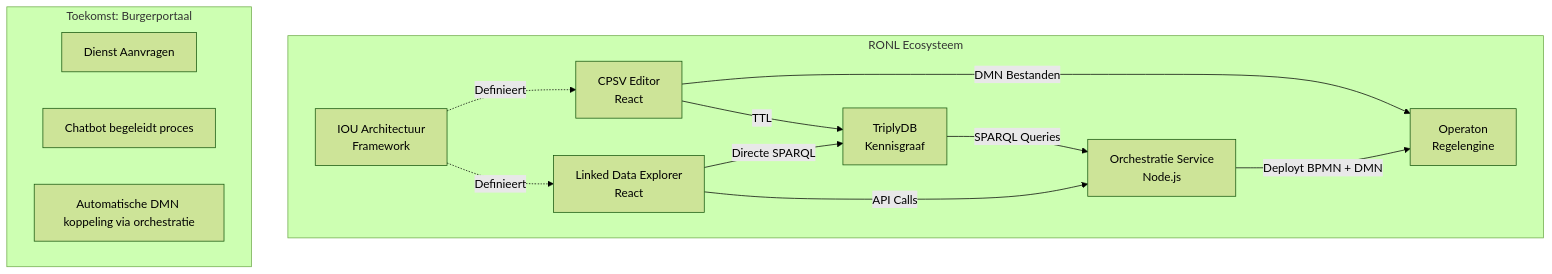
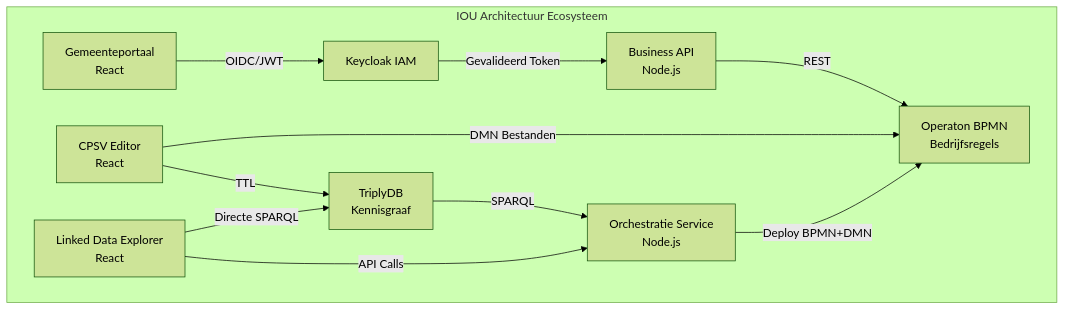
The diagram in docs/nl/index.md (sgort/iou-architectuur), drawn with Mermaid (forest theme) before and after one commit. The commit also changed other lines of this file and 57 other files, not shown here.

Commit message:
feat: add RONL Business API documentation with placeholders

````diff
--- a/docs/nl/index.md
+++ b/docs/nl/index.md
@@ -33,22 +43,17 @@
 ```mermaid
 graph TB
-    subgraph "RONL Ecosysteem"
-        A[CPSV Editor<br/>React] -->|TTL| B[TriplyDB<br/>Kennisgraaf]
-        A -->|DMN Bestanden| F[Operaton<br/>Regelengine]
+    subgraph "IOU Architectuur Ecosysteem"
+        A[Gemeenteportaal<br/>React] -->|OIDC/JWT| B[Keycloak IAM]
+        B -->|Gevalideerd Token| C[Business API<br/>Node.js]
+        C -->|REST| D[Operaton BPMN<br/>Bedrijfsregels]
         
-        B -->|SPARQL Queries| C[Orchestratie Service<br/>Node.js]
-        C -->|Deployt BPMN + DMN| F
+        E[CPSV Editor<br/>React] -->|TTL| F[TriplyDB<br/>Kennisgraaf]
+        E -->|DMN Bestanden| D
         
-        D[Linked Data Explorer<br/>React] -->|API Calls| C
-        D -->|Directe SPARQL| B
+        F -->|SPARQL| G[Orchestratie Service<br/>Node.js]
+        G -->|Deploy BPMN+DMN| D
         
-        E[IOU Architectuur<br/>Framework] -.->|Definieert| A
-        E -.->|Definieert| D
-    end
-    
-    subgraph "Toekomst: Burgerportaal"
-        G[Dienst Aanvragen]
-        H[Chatbot begeleidt proces]
-        I[Automatische DMN koppeling via orchestratie]
+        H[Linked Data Explorer<br/>React] -->|API Calls| G
+        H -->|Directe SPARQL| F
     end
 ```
````
